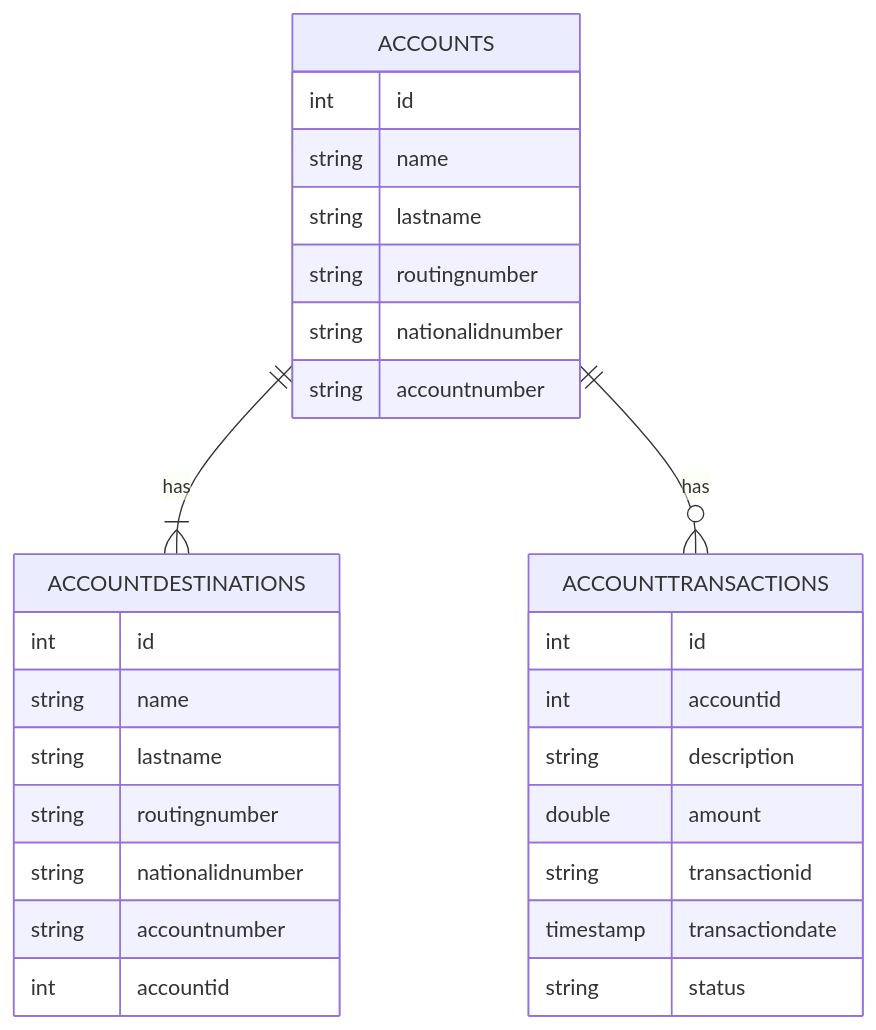
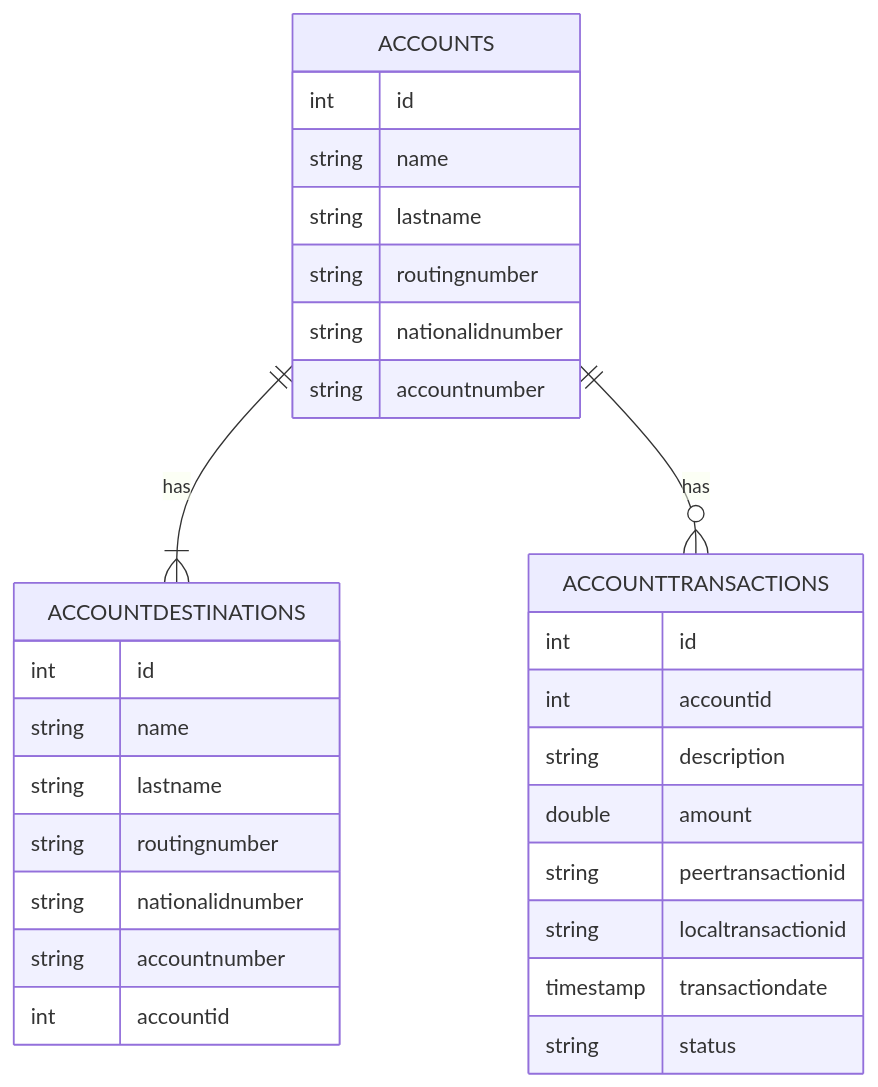
One commit to felipediazc/challenge changed the second of 2 diagrams in README.md. Above: the diagram before and after it, drawn with Mermaid. The commit also changed 13 other files, not shown here.

````diff
--- a/README.md
+++ b/README.md
@@ -85,31 +85,32 @@
 ```mermaid
 erDiagram
     ACCOUNTS ||--|{ ACCOUNTDESTINATIONS : has
     ACCOUNTS {
       int id
       string name
       string lastname
       string routingnumber
       string nationalidnumber
       string accountnumber
     }
     ACCOUNTS ||--o{ ACCOUNTTRANSACTIONS : has
     ACCOUNTDESTINATIONS {
       int id
       string name
       string lastname
       string routingnumber
       string nationalidnumber
       string accountnumber
       int accountid
     }
     ACCOUNTTRANSACTIONS {
       int id
       int accountid
       string description
       double amount
-      string transactionid
+      string peertransactionid
+      string localtransactionid      
       timestamp transactiondate
       string status
     }
 ```
````
